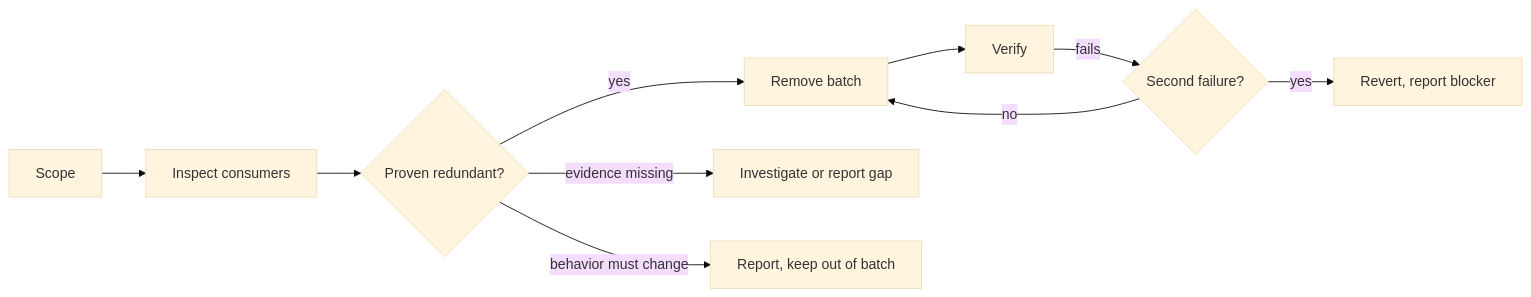
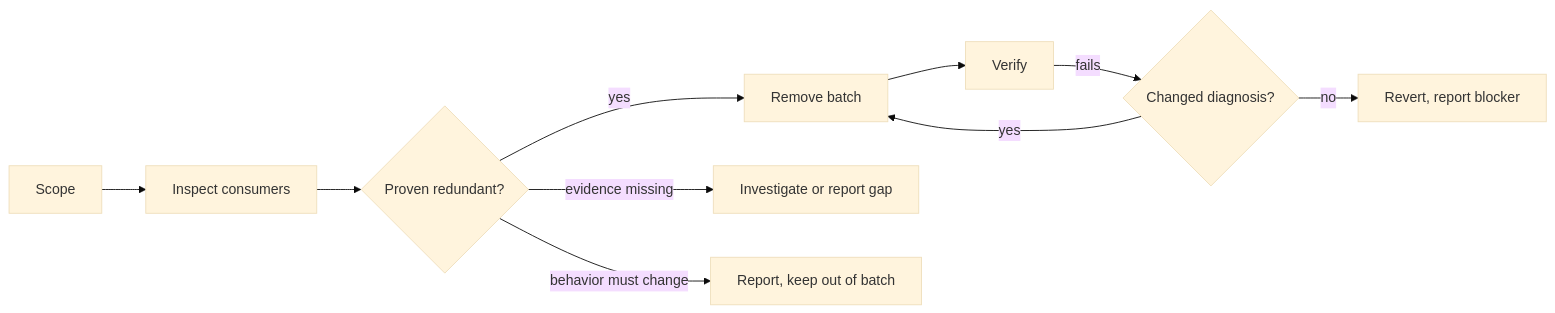
One commit to bgauryy/octocode-mcp changed the diagram in skills/octocode-clean-agentic-code/SKILL.md. Above: the diagram before and after it, drawn with Mermaid (base theme). The commit also changed other lines of this file and 523 other files, not shown here.

````diff
--- a/skills/octocode-clean-agentic-code/SKILL.md
+++ b/skills/octocode-clean-agentic-code/SKILL.md
@@ -10,11 +10,11 @@
 ```mermaid
 flowchart LR
     S[Scope] --> P[Inspect consumers]
     P --> T{Proven redundant?}
     T -- yes --> E[Remove batch] --> V[Verify]
     T -- "evidence missing" --> I[Investigate or report gap]
     T -- "behavior must change" --> D[Report, keep out of batch]
-    V -- fails --> F{Second failure?}
-    F -- no --> E
-    F -- yes --> U[Revert, report blocker]
+    V -- fails --> F{Changed diagnosis?}
+    F -- yes --> E
+    F -- no --> U[Revert, report blocker]
 ```
````
